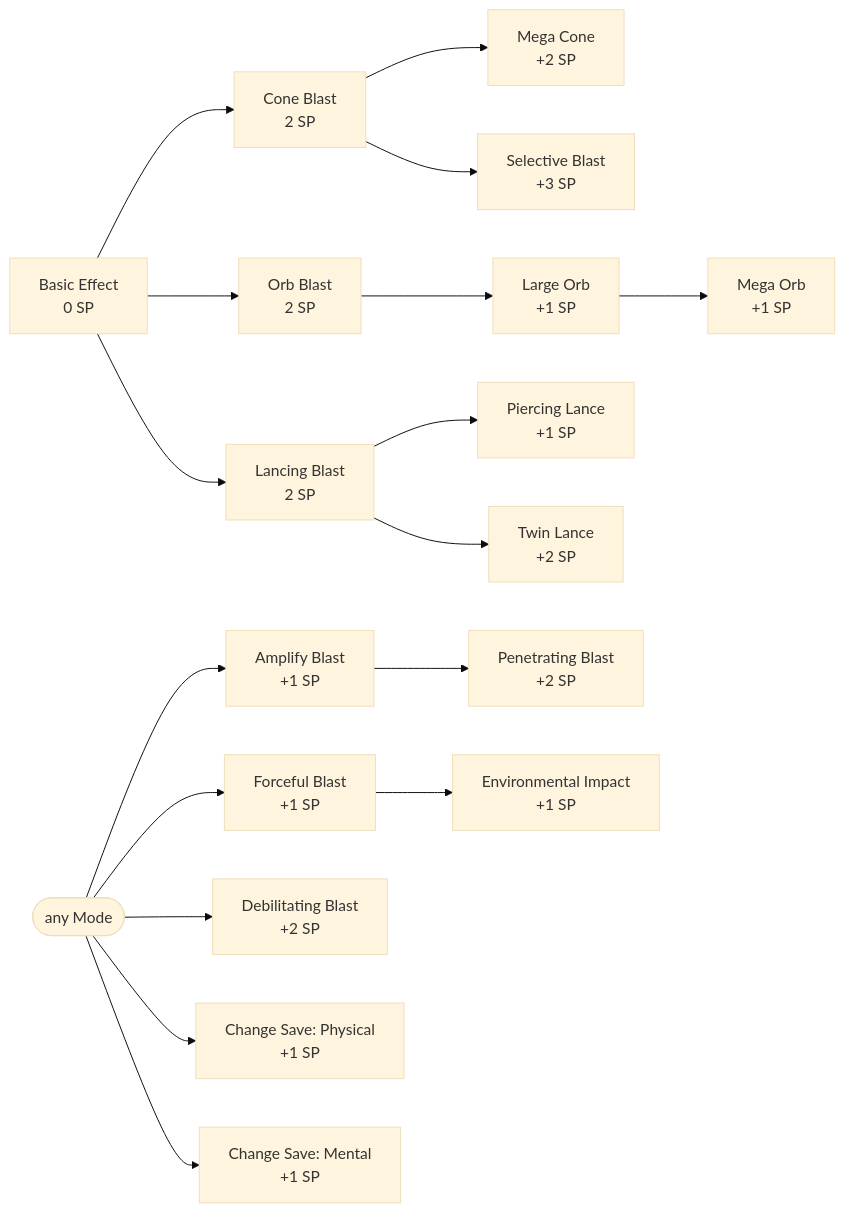
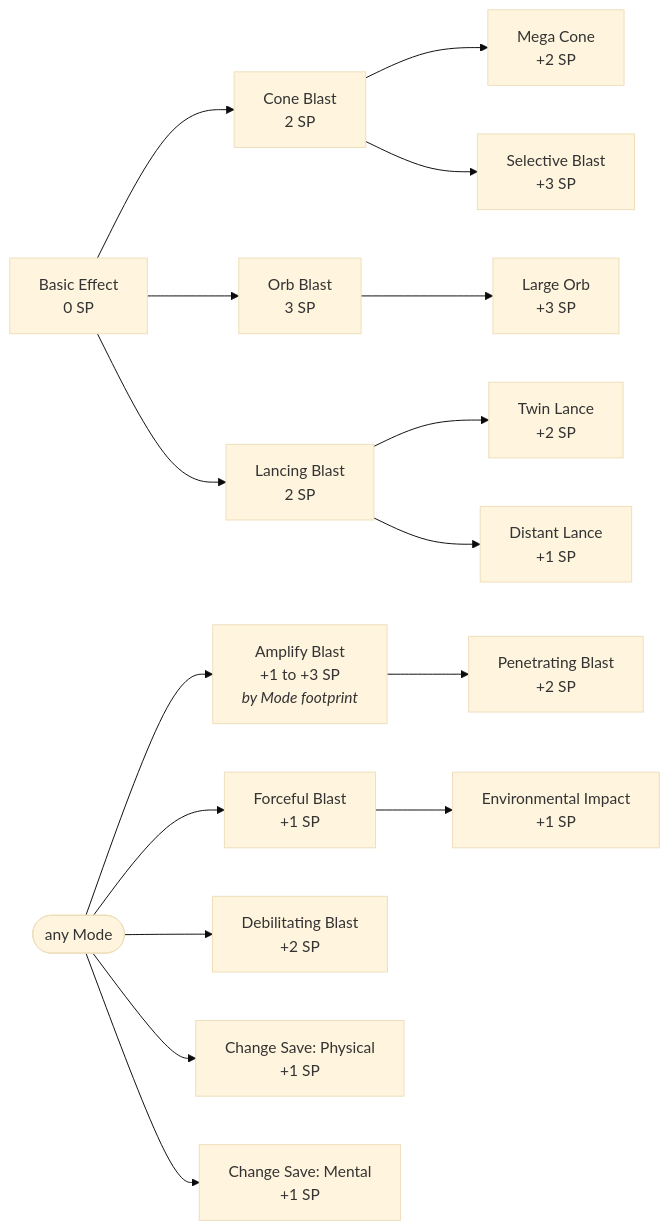
Before and after one commit to MMMikeM/DND-Campaign: the diagram in project/rules/spells/6-04-blast.md, drawn with Mermaid (base theme). The commit also changed other lines of this file and 1 other file, not shown here.

First line of the commit message:
balance(rules): reprice blast modes and band amplify by footprint

````diff
--- a/project/rules/spells/6-04-blast.md
+++ b/project/rules/spells/6-04-blast.md
@@ -15,21 +15,20 @@
 ```mermaid
 graph LR
   B["Basic Effect<br/>0 SP"]
   B --> C["Cone Blast<br/>2 SP"]
-  B --> O["Orb Blast<br/>2 SP"]
+  B --> O["Orb Blast<br/>3 SP"]
   B --> L["Lancing Blast<br/>2 SP"]
   C --> MC["Mega Cone<br/>+2 SP"]
   C --> SB["Selective Blast<br/>+3 SP"]
-  O --> LO["Large Orb<br/>+1 SP"]
-  LO --> MO["Mega Orb<br/>+1 SP"]
-  L --> PL["Piercing Lance<br/>+1 SP"]
+  O --> LO["Large Orb<br/>+3 SP"]
   L --> TL["Twin Lance<br/>+2 SP"]
+  L --> DL["Distant Lance<br/>+1 SP"]
 
-  G(["any Mode"]) --> AM["Amplify Blast<br/>+1 SP"]
+  G(["any Mode"]) --> AM["Amplify Blast<br/>+1 to +3 SP<br/><i>by Mode footprint</i>"]
   AM --> PB["Penetrating Blast<br/>+2 SP"]
   G --> FB["Forceful Blast<br/>+1 SP"]
   FB --> EI["Environmental Impact<br/>+1 SP"]
   G --> DB["Debilitating Blast<br/>+2 SP"]
   G --> CSP["Change Save: Physical<br/>+1 SP"]
   G --> CSM["Change Save: Mental<br/>+1 SP"]
 ```
````
